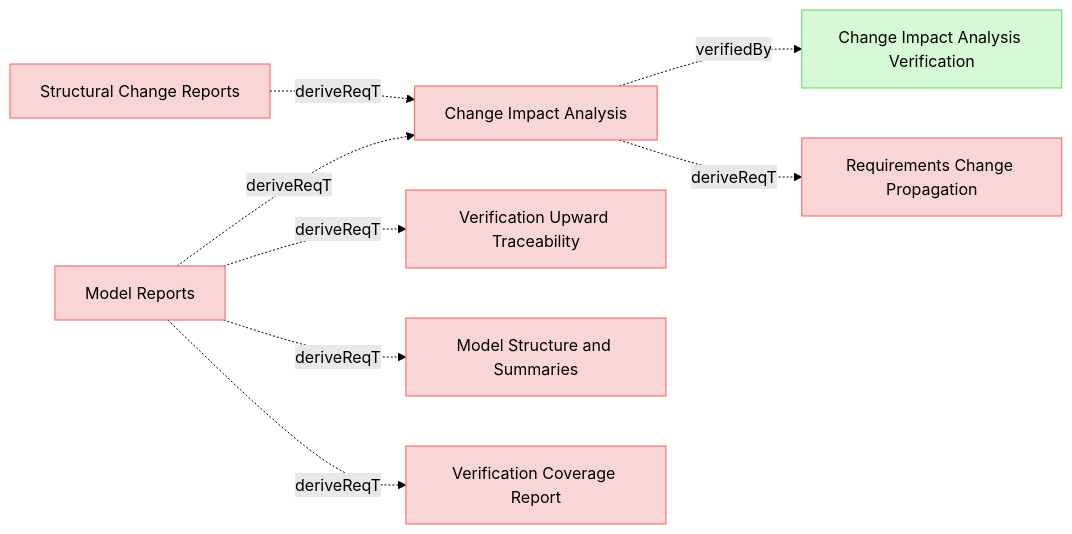
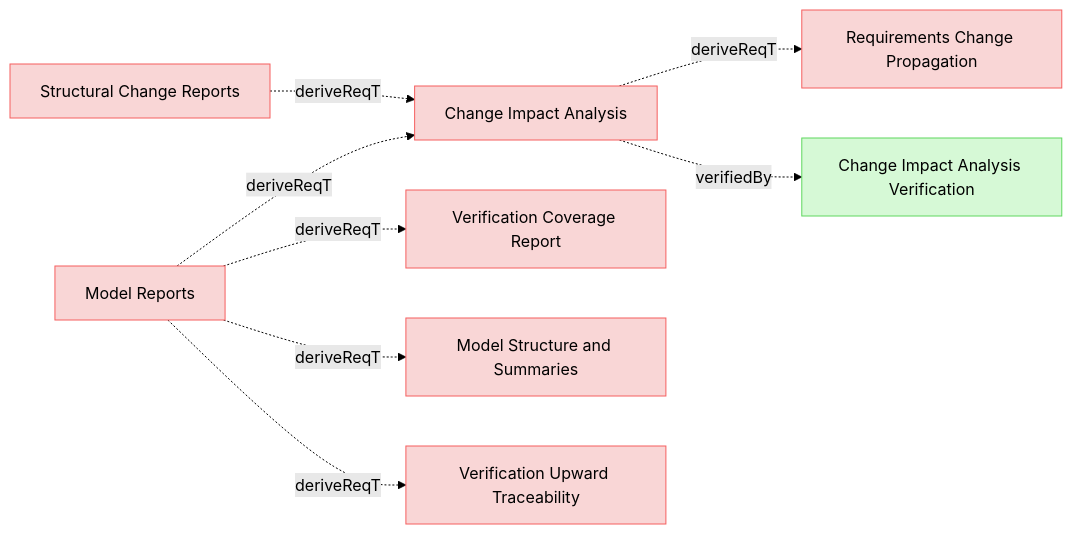
One commit to reqvire-org/reqvire changed the eighth of 9 diagrams in specifications/UserRequirements.md. Above: the diagram before and after it, drawn with Mermaid (forest theme). The commit also changed other lines of this file and 17 other files, not shown here.

````diff
--- a/specifications/UserRequirements.md
+++ b/specifications/UserRequirements.md
@@ -1061,41 +1074,41 @@
 ```mermaid
 graph LR;
   %% REQVIRE-AUTOGENERATED-DIAGRAM
   %% Graph styling
   classDef userRequirement fill:#f9d6d6,stroke:#f55f5f,stroke-width:1px;
   classDef systemRequirement fill:#fce4e4,stroke:#e68a8a,stroke-width:1px;
   classDef verification fill:#d6f9d6,stroke:#5fd75f,stroke-width:1px;
   classDef default fill:#f5f5f5,stroke:#333333,stroke-width:1px;
 
   9933cac5853a8584["Change Impact Analysis"];
   class 9933cac5853a8584 userRequirement;
   click 9933cac5853a8584 "UserRequirements.md#change-impact-analysis";
+  2054606d7574a553["Requirements Change Propagation"];
+  class 2054606d7574a553 userRequirement;
+  click 2054606d7574a553 "SpecificationsRequirements.md#requirements-change-propagation";
+  9933cac5853a8584 -.->|deriveReqT| 2054606d7574a553;
   b72d56e7e360fe6c["Change Impact Analysis Verification"];
   class b72d56e7e360fe6c verification;
   click b72d56e7e360fe6c "Verifications/ChangeImpactTests.md#change-impact-analysis-verification";
   9933cac5853a8584 -.->|verifiedBy| b72d56e7e360fe6c;
-  2054606d7574a553["Requirements Change Propagation"];
-  class 2054606d7574a553 userRequirement;
-  click 2054606d7574a553 "SpecificationsRequirements.md#requirements-change-propagation";
-  9933cac5853a8584 -.->|deriveReqT| 2054606d7574a553;
   1908501a80db5c46["Structural Change Reports"];
   class 1908501a80db5c46 userRequirement;
   click 1908501a80db5c46 "UserRequirements.md#structural-change-reports";
   1908501a80db5c46 -.->|deriveReqT| 9933cac5853a8584;
   70701096d332c0b2["Model Reports"];
   class 70701096d332c0b2 userRequirement;
   click 70701096d332c0b2 "UserRequirements.md#model-reports";
+  70701096d332c0b2 -.->|deriveReqT| 9933cac5853a8584;
+  f7a606aa79ba438["Verification Coverage Report"];
+  class f7a606aa79ba438 userRequirement;
+  click f7a606aa79ba438 "UserRequirements.md#verification-coverage-report";
+  70701096d332c0b2 -.->|deriveReqT| f7a606aa79ba438;
+  ad6f7a2d41d80a38["Model Structure and Summaries"];
+  class ad6f7a2d41d80a38 userRequirement;
+  click ad6f7a2d41d80a38 "UserRequirements.md#model-structure-and-summaries";
+  70701096d332c0b2 -.->|deriveReqT| ad6f7a2d41d80a38;
   7ceb6b9bed1a94e1["Verification Upward Traceability"];
   class 7ceb6b9bed1a94e1 userRequirement;
   click 7ceb6b9bed1a94e1 "UserRequirements.md#verification-upward-traceability";
   70701096d332c0b2 -.->|deriveReqT| 7ceb6b9bed1a94e1;
-  ad6f7a2d41d80a38["Model Structure and Summaries"];
-  class ad6f7a2d41d80a38 userRequirement;
-  click ad6f7a2d41d80a38 "UserRequirements.md#model-structure-and-summaries";
-  70701096d332c0b2 -.->|deriveReqT| ad6f7a2d41d80a38;
-  f7a606aa79ba438["Verification Coverage Report"];
-  class f7a606aa79ba438 userRequirement;
-  click f7a606aa79ba438 "UserRequirements.md#verification-coverage-report";
-  70701096d332c0b2 -.->|deriveReqT| f7a606aa79ba438;
-  70701096d332c0b2 -.->|deriveReqT| 9933cac5853a8584;
 ```
````
